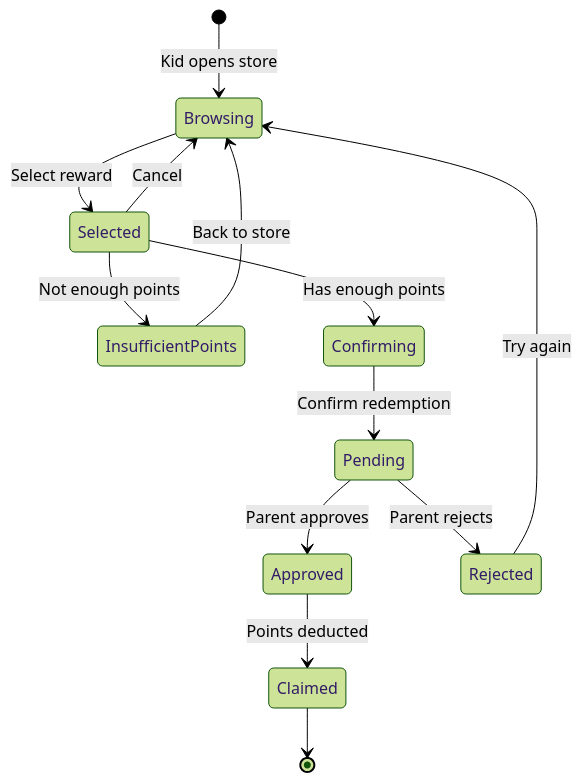
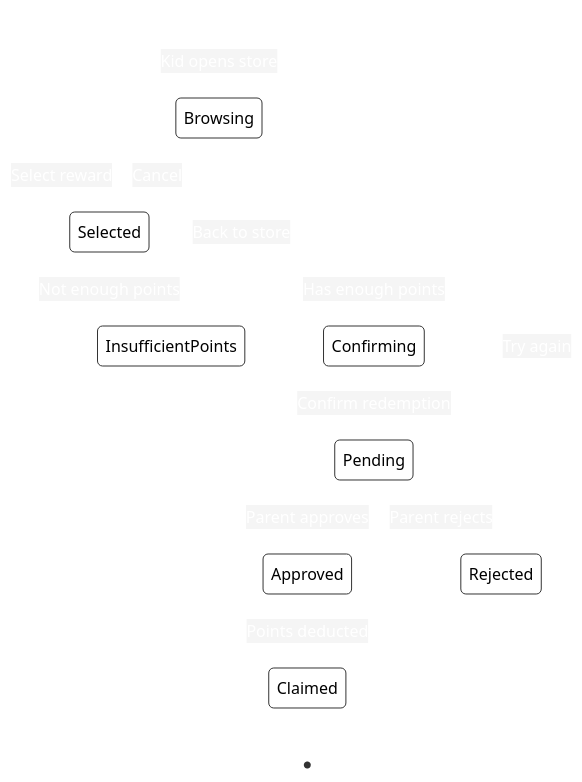
One commit to anisha-agarwal/chore-champions changed the fifth of 5 diagrams in README.md. Above: the diagram before and after it, drawn with Mermaid. The commit also changed other lines of this file, not shown here.

Commit message:
Remove roadmap from README

````diff
--- a/README.md
+++ b/README.md
@@ -209,16 +209,16 @@
 ```mermaid
-%%{init: {'theme': 'forest'}}%%
+%%{init: {'theme': 'base', 'themeVariables': {'primaryColor': '#ffffff', 'primaryTextColor': '#000000', 'primaryBorderColor': '#333333', 'lineColor': '#ffffff', 'secondaryColor': '#f5f5f5', 'tertiaryColor': '#eeeeee', 'stateBkg': '#ffffff', 'stateBorder': '#333333', 'transitionColor': '#ffffff', 'transitionLabelColor': '#ffffff', 'stateLabelColor': '#000000'}}}%%
 stateDiagram-v2
     [*] --> Browsing: Kid opens store
     Browsing --> Selected: Select reward
     Selected --> Browsing: Cancel
     Selected --> InsufficientPoints: Not enough points
     InsufficientPoints --> Browsing: Back to store
     Selected --> Confirming: Has enough points
     Confirming --> Pending: Confirm redemption
     Pending --> Approved: Parent approves
     Pending --> Rejected: Parent rejects
     Approved --> Claimed: Points deducted
     Rejected --> Browsing: Try again
     Claimed --> [*]
 ```
````
